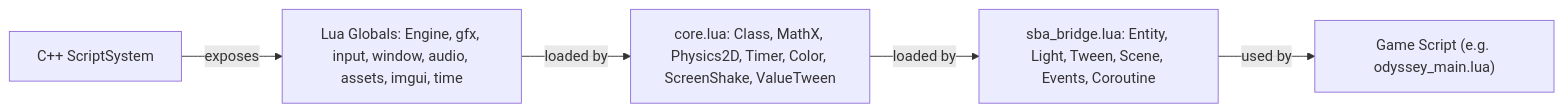
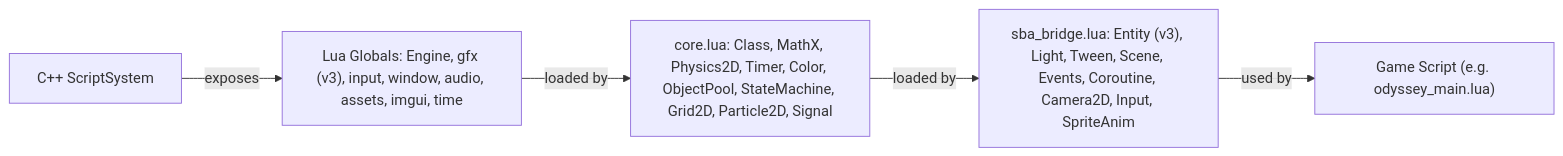
One commit to DragonBlackOne/Starlight-Engine-1.0 changed the second of 2 diagrams in StarlightEngine/docs/ARCHITECTURE.md. Above: the diagram before and after it, drawn with Mermaid. The commit also changed other lines of this file and 202 other files, not shown here.

````diff
--- a/StarlightEngine/docs/ARCHITECTURE.md
+++ b/StarlightEngine/docs/ARCHITECTURE.md
@@ -59,7 +61,7 @@
 ```mermaid
 graph LR
-    CPP["C++ ScriptSystem"] -->|exposes| LuaAPI["Lua Globals: Engine, gfx, input, window, audio, assets, imgui, time"]
-    LuaAPI -->|loaded by| CoreLua["core.lua: Class, MathX, Physics2D, Timer, Color, ScreenShake, ValueTween"]
-    CoreLua -->|loaded by| SBA["sba_bridge.lua: Entity, Light, Tween, Scene, Events, Coroutine"]
+    CPP["C++ ScriptSystem"] -->|exposes| LuaAPI["Lua Globals: Engine, gfx (v3), input, window, audio, assets, imgui, time"]
+    LuaAPI -->|loaded by| CoreLua["core.lua: Class, MathX, Physics2D, Timer, Color, ObjectPool, StateMachine, Grid2D, Particle2D, Signal"]
+    CoreLua -->|loaded by| SBA["sba_bridge.lua: Entity (v3), Light, Tween, Scene, Events, Coroutine, Camera2D, Input, SpriteAnim"]
     SBA -->|used by| GameScript["Game Script (e.g. odyssey_main.lua)"]
 ```
````
